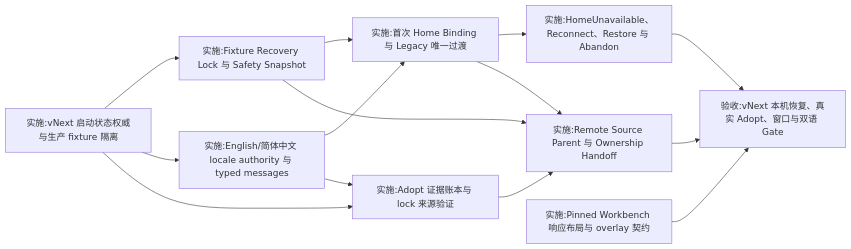
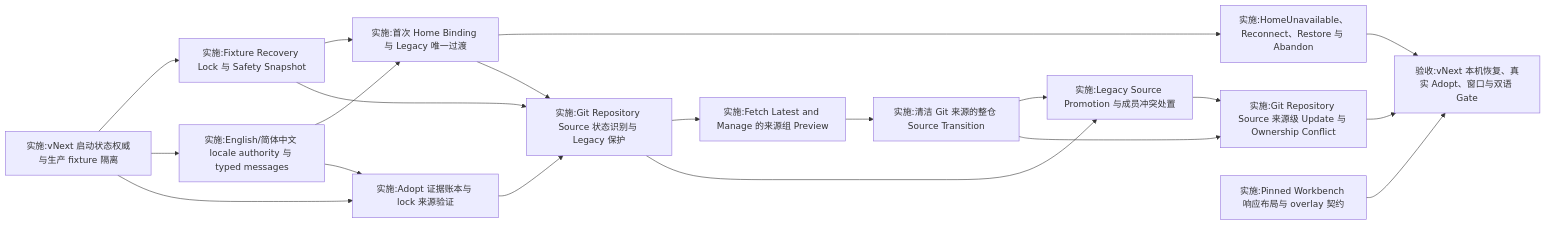
Before and after one commit to RookieZoe/skill-man: the second of 2 diagrams in docs/vnext-implementation-spec.md, drawn with Mermaid. The commit also changed other lines of this file and 3 other files, not shown here.

````diff
--- a/docs/vnext-implementation-spec.md
+++ b/docs/vnext-implementation-spec.md
@@ -542,16 +576,22 @@
 ```mermaid
 flowchart LR
     A[实施:vNext 启动状态权威与生产 fixture 隔离] --> B[实施:Fixture Recovery Lock 与 Safety Snapshot]
     A --> E[实施:English/简体中文 locale authority 与 typed messages]
     B --> C[实施:首次 Home Binding 与 Legacy 唯一过渡]
     E --> C
     C --> D[实施:HomeUnavailable、Reconnect、Restore 与 Abandon]
     A --> G[实施:Adopt 证据账本与 lock 来源验证]
     E --> G
-    B --> H[实施:Remote Source Parent 与 Ownership Handoff]
-    C --> H
-    G --> H
+    B --> K[实施:Git Repository Source 状态识别与 Legacy 保护]
+    C --> K
+    G --> K
+    K --> L[实施:Fetch Latest and Manage 的来源组 Preview]
+    L --> M[实施:清洁 Git 来源的整仓 Source Transition]
+    K --> N[实施:Legacy Source Promotion 与成员冲突处置]
+    M --> N
+    M --> J[实施:Git Repository Source 来源级 Update 与 Ownership Conflict]
+    N --> J
     D --> I[验收:vNext 本机恢复、真实 Adopt、窗口与双语 Gate]
     F[实施:Pinned Workbench 响应布局与 overlay 契约] --> I
-    H --> I
+    J --> I
 ```
````
